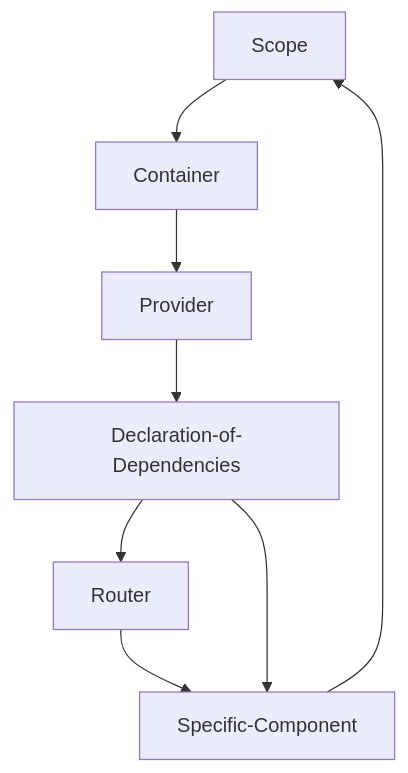
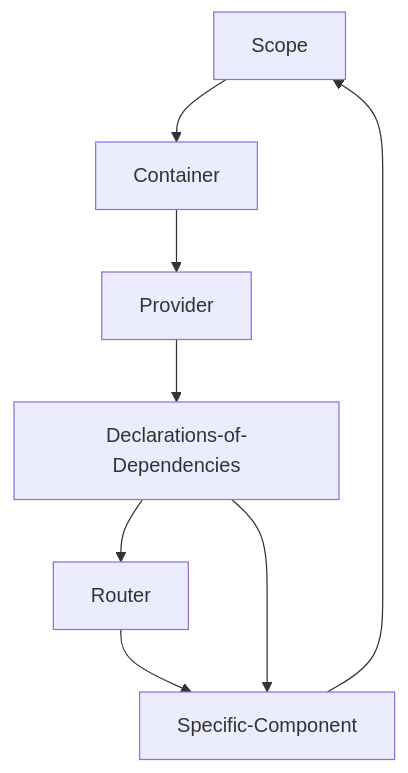
Before and after one commit to Frontend-Stars/react-guideline: the diagram in README.md, drawn with Mermaid.

Commit message:
update diagram

````diff
--- a/README.md
+++ b/README.md
@@ -22,10 +22,10 @@
 ```mermaid
 graph TD;
     Scope-->Container;
     Container-->Provider;
-    Provider-->Declaration-of-Dependencies;
-    Declaration-of-Dependencies-->Router;
+    Provider-->Declarations-of-Dependencies;
+    Declarations-of-Dependencies-->Router;
     Router-->Specific-Component;
-    Declaration-of-Dependencies-->Specific-Component;
+    Declarations-of-Dependencies-->Specific-Component;
     Specific-Component-->Scope;
 ```
````
